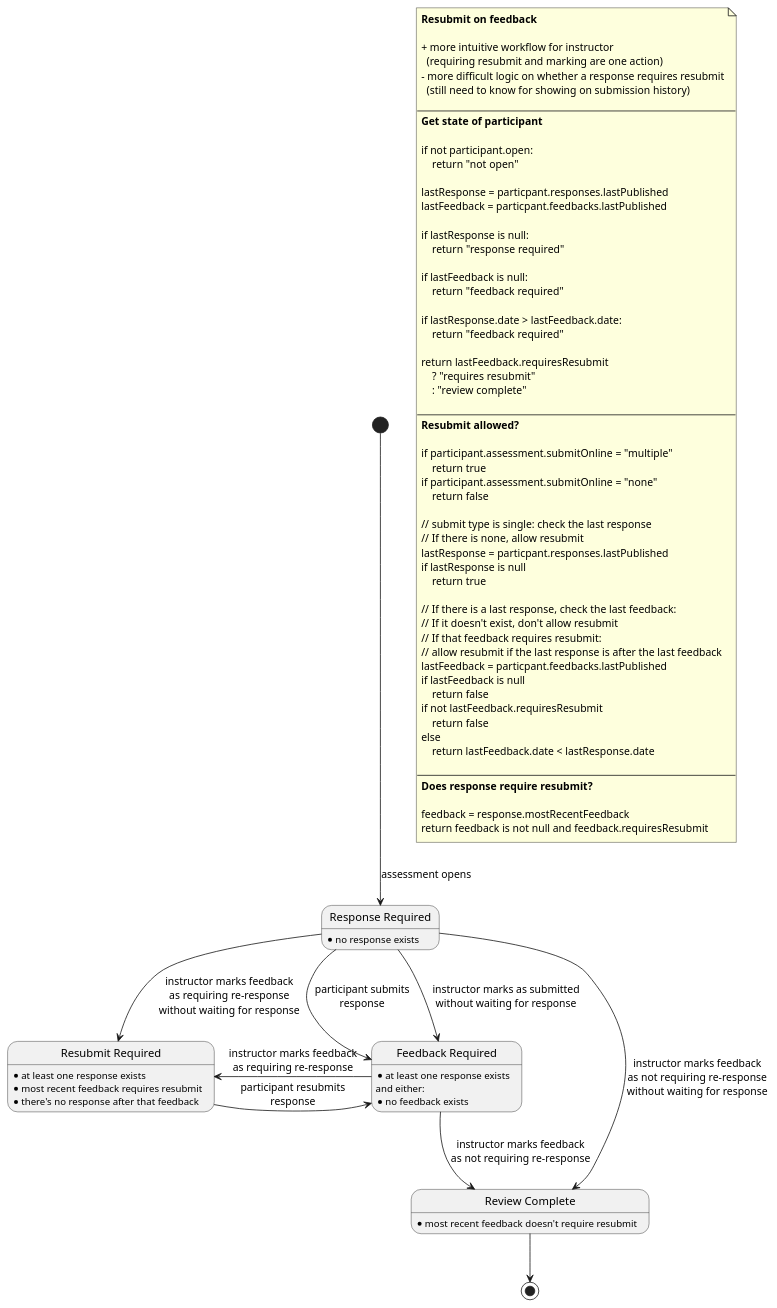
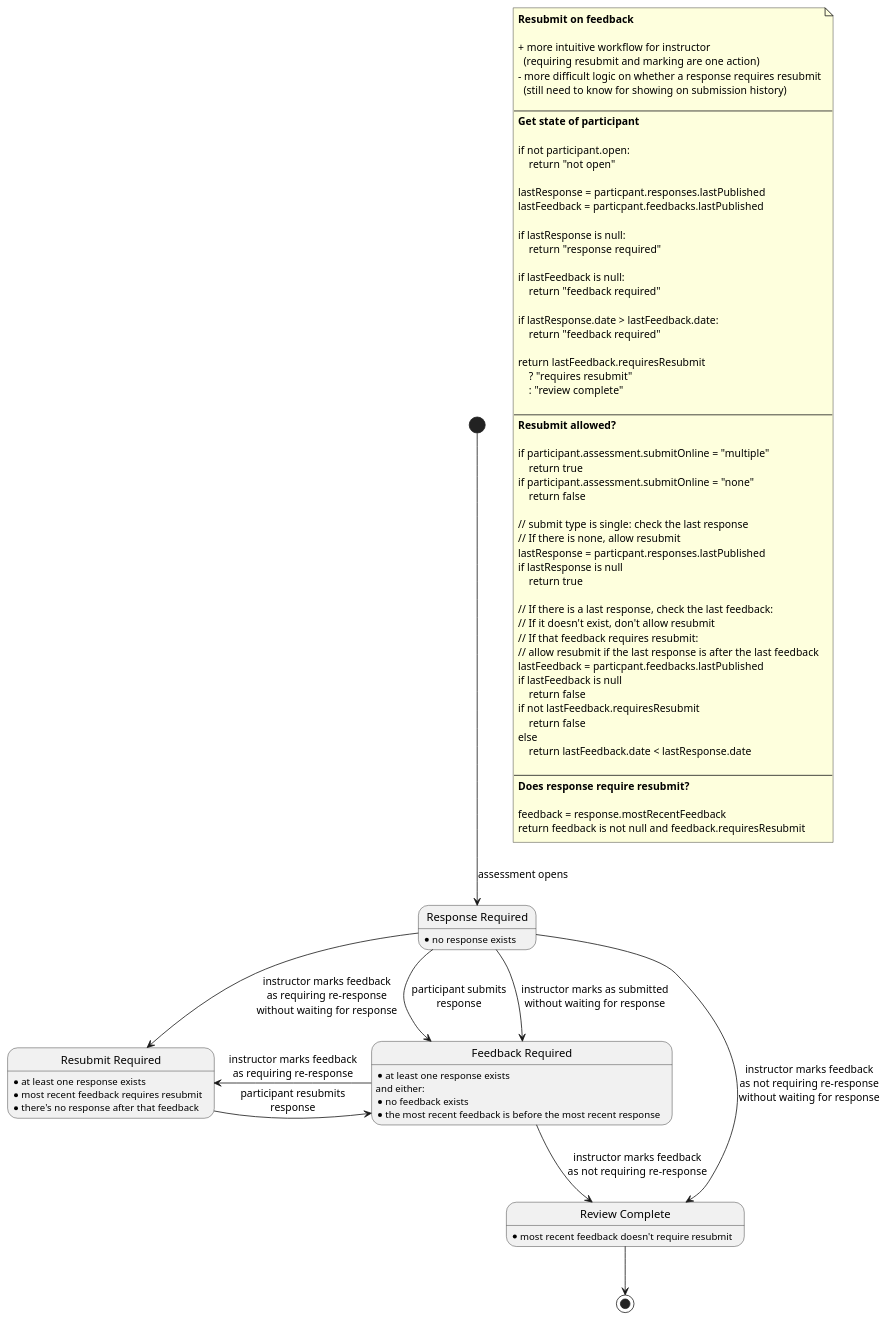
Before and after one commit to juliaattrevisan/schoolbox-api-docs: the diagram in library/Schoolbox/Learning/Assessment/DueWork/resubmit-on-feedback.plantuml, drawn with PlantUML.

Commit message:
Add extra case for feedback required [SA-9500]

```diff
--- a/library/Schoolbox/Learning/Assessment/DueWork/resubmit-on-feedback.plantuml
+++ b/library/Schoolbox/Learning/Assessment/DueWork/resubmit-on-feedback.plantuml
@@ -1,96 +1,97 @@
 @startuml
 
 note as n1
     <b>Resubmit on feedback</b>
 
     + more intuitive workflow for instructor
       (requiring resubmit and marking are one action)
     - more difficult logic on whether a response requires resubmit
       (still need to know for showing on submission history)
 
     ----
     <b>Get state of participant</b>
 
     if not participant.open:
         return "not open"
 
     lastResponse = particpant.responses.lastPublished
     lastFeedback = particpant.feedbacks.lastPublished
 
     if lastResponse is null:
         return "response required"
 
     if lastFeedback is null:
         return "feedback required"
 
     if lastResponse.date > lastFeedback.date:
         return "feedback required"
 
     return lastFeedback.requiresResubmit
         ? "requires resubmit"
         : "review complete"
 
     ----
     <b>Resubmit allowed?</b>
 
     if participant.assessment.submitOnline = "multiple"
         return true
     if participant.assessment.submitOnline = "none"
         return false
 
     // submit type is single: check the last response
     // If there is none, allow resubmit
     lastResponse = particpant.responses.lastPublished
     if lastResponse is null
         return true
 
     // If there is a last response, check the last feedback:
     // If it doesn't exist, don't allow resubmit
     // If that feedback requires resubmit:
     // allow resubmit if the last response is after the last feedback
     lastFeedback = particpant.feedbacks.lastPublished
     if lastFeedback is null
         return false
     if not lastFeedback.requiresResubmit
         return false
     else
         return lastFeedback.date < lastResponse.date
 
     ----
     <b>Does response require resubmit?</b>
 
     feedback = response.mostRecentFeedback
     return feedback is not null and feedback.requiresResubmit
 end note
 
 state "Response Required" as RR
 RR : \
 * no response exists
 
 state "Feedback Required" as FR
 FR : \
 * at least one response exists\n\
 and either:\n\
-* no feedback exists
+* no feedback exists\n\
+* the most recent feedback is before the most recent response
 
 state "Review Complete" as RC
 RC : \
 * most recent feedback doesn't require resubmit
 
 state "Resubmit Required" as RS
 RS : \
 * at least one response exists\n\
 * most recent feedback requires resubmit\n\
 * there's no response after that feedback
 
 [*] --> RR : assessment opens
 RR --> FR  : participant submits\nresponse
 RR --> FR  : instructor marks as submitted\nwithout waiting for response
 RR --> RC  : instructor marks feedback\nas not requiring re-response\nwithout waiting for response
 RR --> RS  : instructor marks feedback\nas requiring re-response\nwithout waiting for response
 FR --> RC  : instructor marks feedback\nas not requiring re-response
 FR -left-> RS : instructor marks feedback\nas requiring re-response
 RS -right-> FR  : participant resubmits\nresponse
 RC --> [*]
 
 @enduml
```
